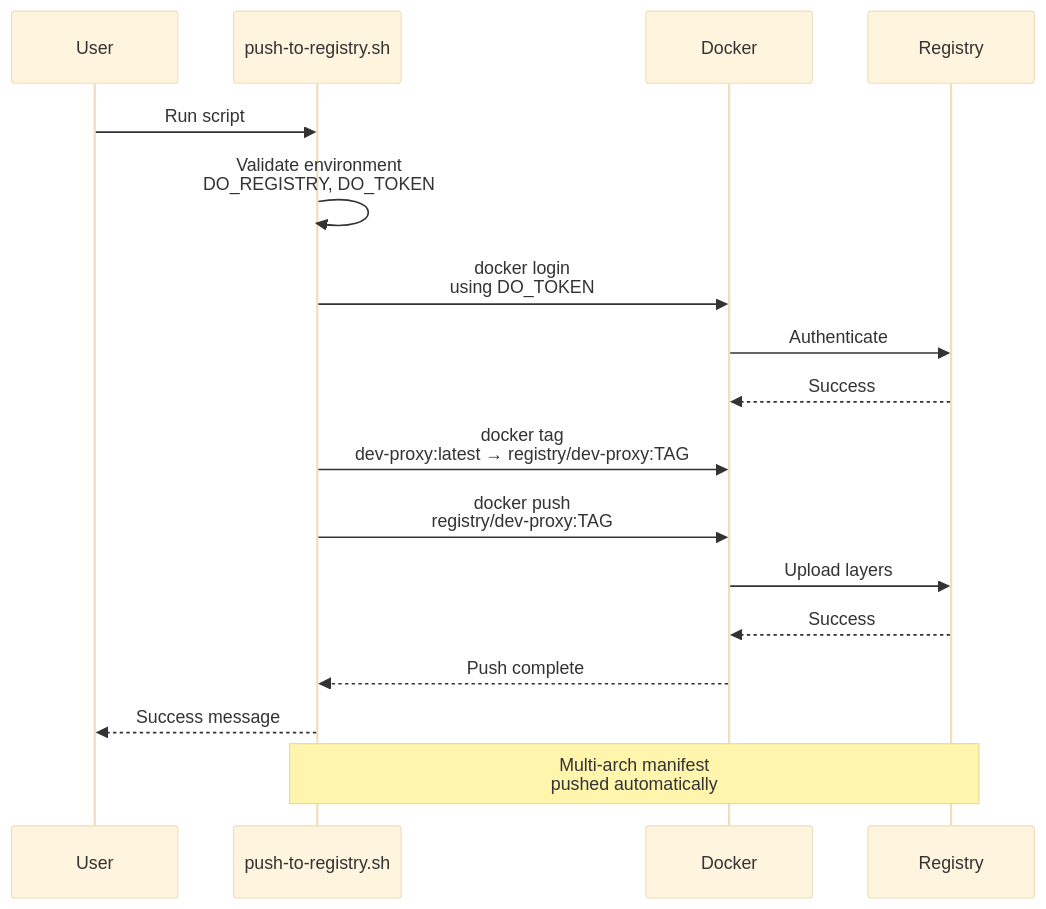
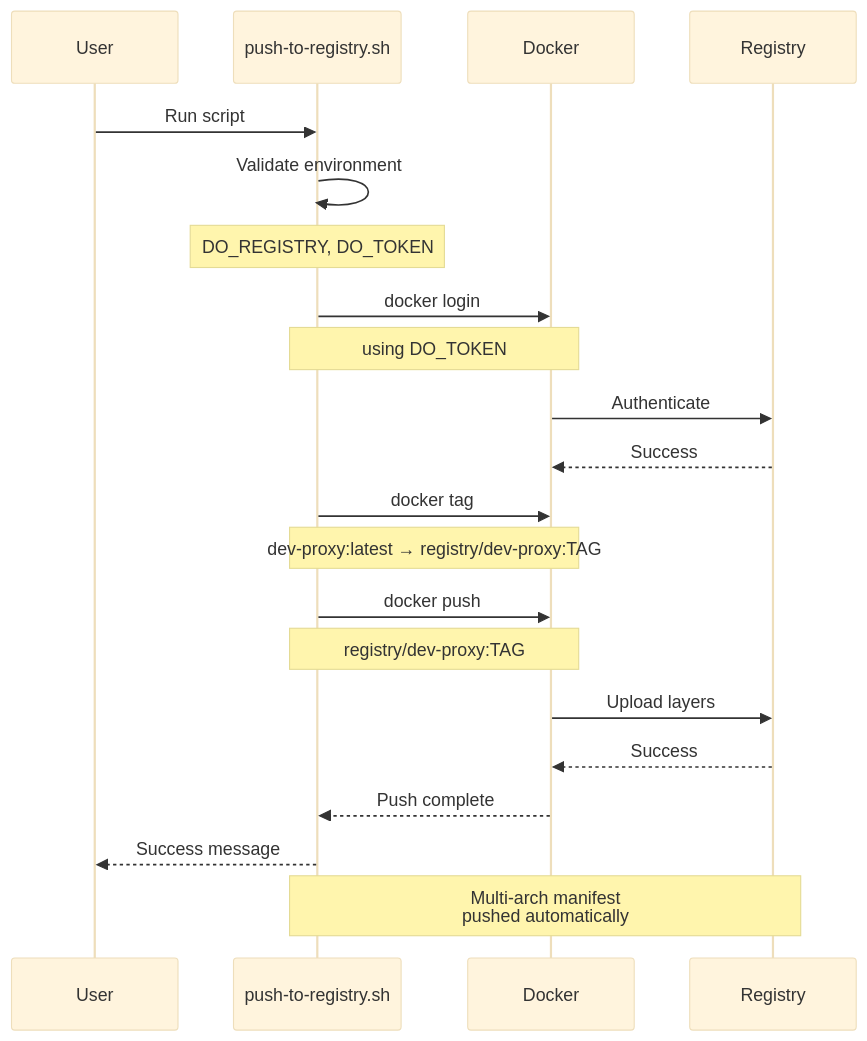
Before and after one commit to softwarewrighter/dev-proxy: the fourth of 16 diagrams in wiki/Build-Process.md, drawn with Mermaid (base theme). The commit also changed other lines of this file and 1 other file, not shown here.

First line of the commit message:
Fix remaining Mermaid sequence diagrams in Build-Process.md and Security.md

````diff
--- a/wiki/Build-Process.md
+++ b/wiki/Build-Process.md
@@ -152,27 +152,31 @@
 ```mermaid
 sequenceDiagram
     participant User
     participant Script as push-to-registry.sh
     participant Docker
     participant Registry
 
     User->>Script: Run script
-    Script->>Script: Validate environment<br/>DO_REGISTRY, DO_TOKEN
+    Script->>Script: Validate environment
+    Note over Script: DO_REGISTRY, DO_TOKEN
 
-    Script->>Docker: docker login<br/>using DO_TOKEN
+    Script->>Docker: docker login
+    Note over Script,Docker: using DO_TOKEN
 
     Docker->>Registry: Authenticate
     Registry-->>Docker: Success
 
-    Script->>Docker: docker tag<br/>dev-proxy:latest → registry/dev-proxy:TAG
+    Script->>Docker: docker tag
+    Note over Script,Docker: dev-proxy:latest → registry/dev-proxy:TAG
 
-    Script->>Docker: docker push<br/>registry/dev-proxy:TAG
+    Script->>Docker: docker push
+    Note over Script,Docker: registry/dev-proxy:TAG
 
     Docker->>Registry: Upload layers
     Registry-->>Docker: Success
 
     Docker-->>Script: Push complete
     Script-->>User: Success message
 
     Note over Script,Registry: Multi-arch manifest<br/>pushed automatically
 ```
````
